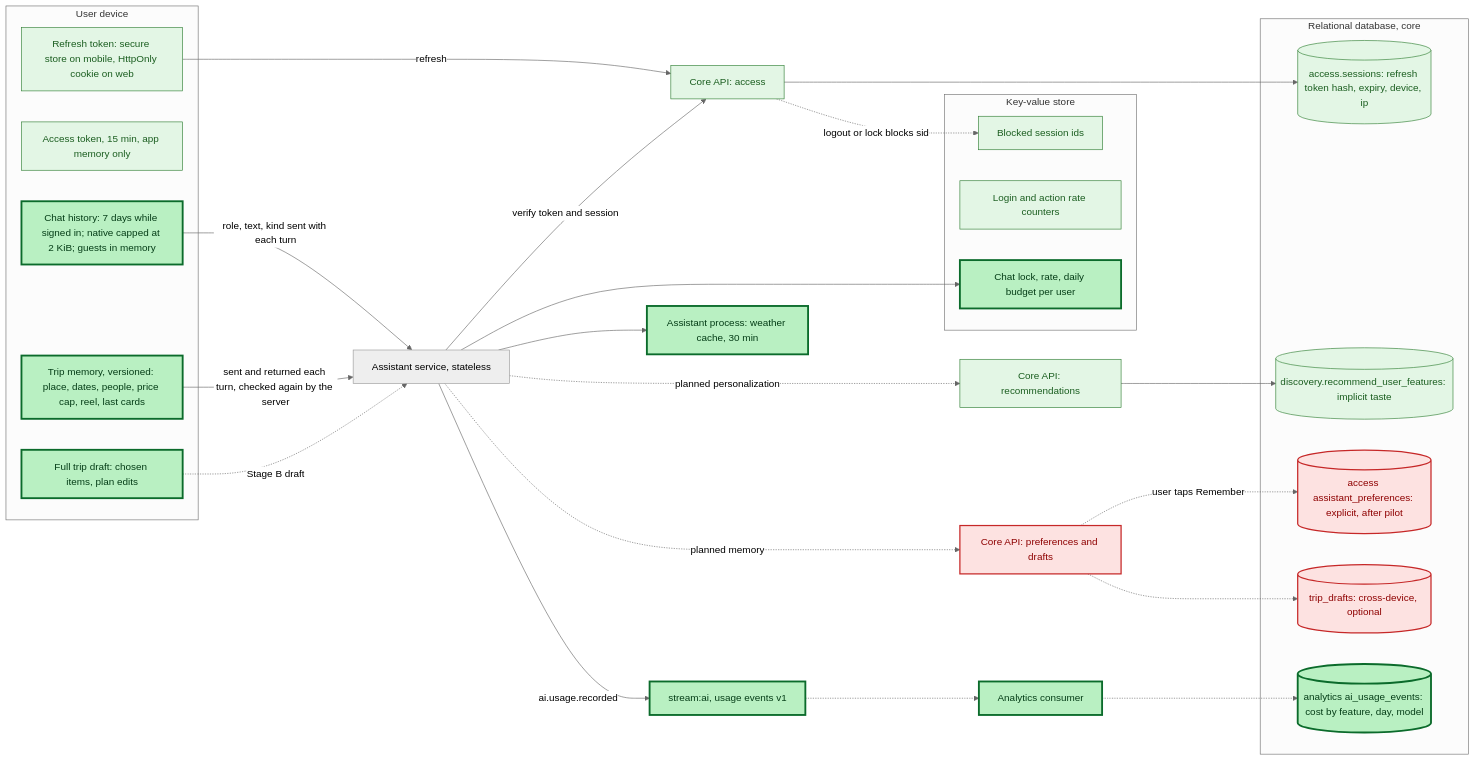
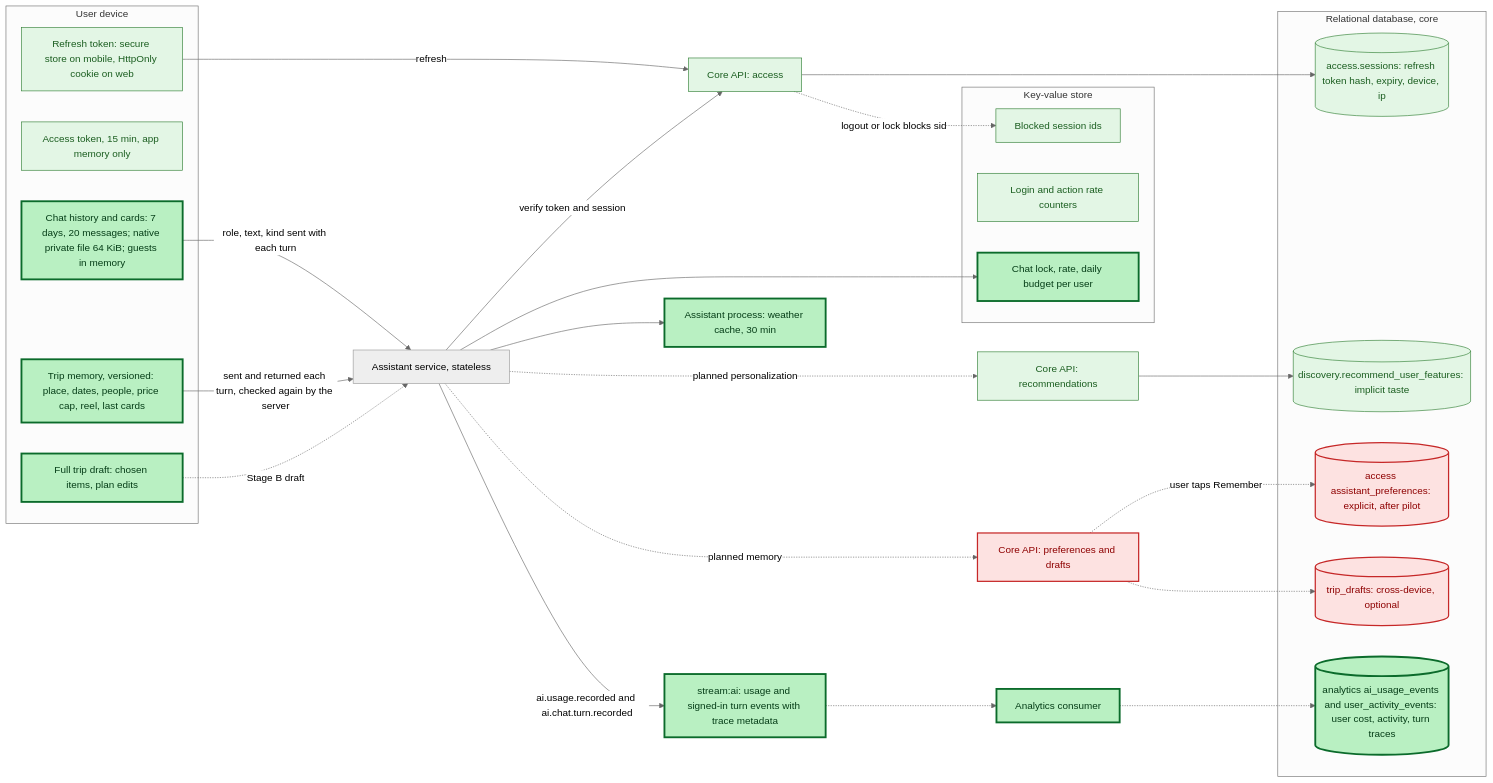
Before and after one commit to Sukemcute/tripflix-ai: the fifth of 5 diagrams in docs/architecture/tripi-agent-kien-truc-chi-tiet.md, drawn with Mermaid (neutral theme). The commit also changed other lines of this file and 4 other files, not shown here.

````diff
--- a/docs/architecture/tripi-agent-kien-truc-chi-tiet.md
+++ b/docs/architecture/tripi-agent-kien-truc-chi-tiet.md
@@ -441,56 +458,56 @@
 ```mermaid
 flowchart LR
 classDef built fill:#b9f0c2,stroke:#0b6b2b,color:#053d17,stroke-width:3px
 classDef partbuilt fill:#e4f7d2,stroke:#0b6b2b,color:#053d17,stroke-width:2px,stroke-dasharray:4 2
 classDef exists fill:#e3f6e5,stroke:#2e7d32,color:#1b5e20
 classDef missing fill:#fde2e1,stroke:#c62828,color:#8e0000,stroke-width:2px
 
 subgraph DEV["User device"]
   D1["Refresh token: secure store on mobile, HttpOnly cookie on web"]:::exists
   D2["Access token, 15 min, app memory only"]:::exists
-  D3["Chat history: 7 days while signed in; native capped at 2 KiB; guests in memory"]:::built
+  D3["Chat history and cards: 7 days, 20 messages; native private file 64 KiB; guests in memory"]:::built
   D4["Trip memory, versioned: place, dates, people, price cap, reel, last cards"]:::built
   D5["Full trip draft: chosen items, plan edits"]:::built
 end
 
 subgraph KVS["Key-value store"]
   R1["Blocked session ids"]:::exists
   R2["Login and action rate counters"]:::exists
   R3["Chat lock, rate, daily budget per user"]:::built
   end
 
 R4["Assistant process: weather cache, 30 min"]:::built
 
 subgraph RDB["Relational database, core"]
   P1[("access.sessions: refresh token hash, expiry, device, ip")]:::exists
   P2[("discovery.recommend_user_features: implicit taste")]:::exists
   P3[("access assistant_preferences: explicit, after pilot")]:::missing
   P4[("trip_drafts: cross-device, optional")]:::missing
-  P5[("analytics ai_usage_events: cost by feature, day, model")]:::built
+  P5[("analytics ai_usage_events and user_activity_events: user cost, activity, turn traces")]:::built
 end
 
 AIS["Assistant service, stateless"]
 COREAUTH["Core API: access"]:::exists
 COREREC["Core API: recommendations"]:::exists
 COREMEM["Core API: preferences and drafts"]:::missing
-USAGE["stream:ai, usage events v1"]:::built
+USAGE["stream:ai: usage and signed-in turn events with trace metadata"]:::built
 ANALYTICS["Analytics consumer"]:::built
 
 D1 -->|"refresh"| COREAUTH
 COREAUTH --> P1
 COREAUTH -.->|"logout or lock blocks sid"| R1
 D3 -->|"role, text, kind sent with each turn"| AIS
 D4 -->|"sent and returned each turn, checked again by the server"| AIS
 D5 -.->|"Stage B draft"| AIS
 AIS -->|"verify token and session"| COREAUTH
 AIS --> R3
 AIS --> R4
 AIS -.->|"planned personalization"| COREREC
 COREREC --> P2
 AIS -.->|"planned memory"| COREMEM
 COREMEM -.->|"user taps Remember"| P3
 COREMEM -.-> P4
-AIS -->|"ai.usage.recorded"| USAGE
+AIS -->|"ai.usage.recorded and ai.chat.turn.recorded"| USAGE
 USAGE -.-> ANALYTICS
 ANALYTICS -.-> P5
 ```
````
